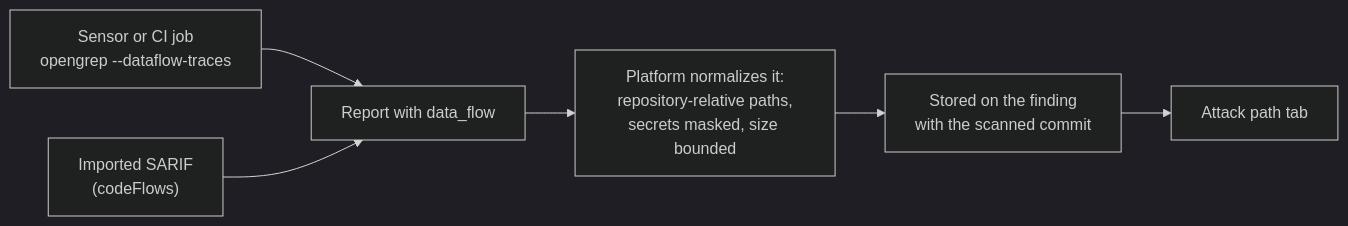
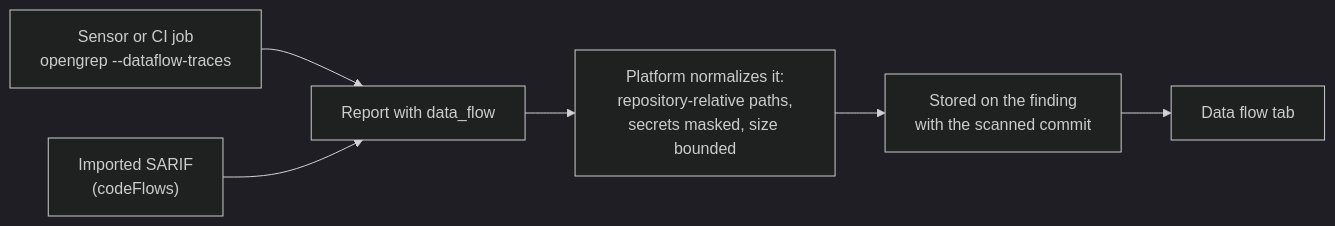
The diagram in scanning/data-flow-traces.md (openctemio/docs), drawn with Mermaid (dark theme) before and after one commit. The commit also changed other lines of this file and 72 other files, not shown here.

````diff
--- a/scanning/data-flow-traces.md
+++ b/scanning/data-flow-traces.md
@@ -18,8 +18,8 @@
 ```mermaid
 flowchart LR
   s["Sensor or CI job<br/>opengrep --dataflow-traces"] --> r[Report with data_flow]
   i["Imported SARIF<br/>(codeFlows)"] --> r
   r --> n["Platform normalizes it:<br/>repository-relative paths,<br/>secrets masked, size bounded"]
   n --> f[Stored on the finding<br/>with the scanned commit]
-  f --> t[Attack path tab]
+  f --> t[Data flow tab]
 ```
````
